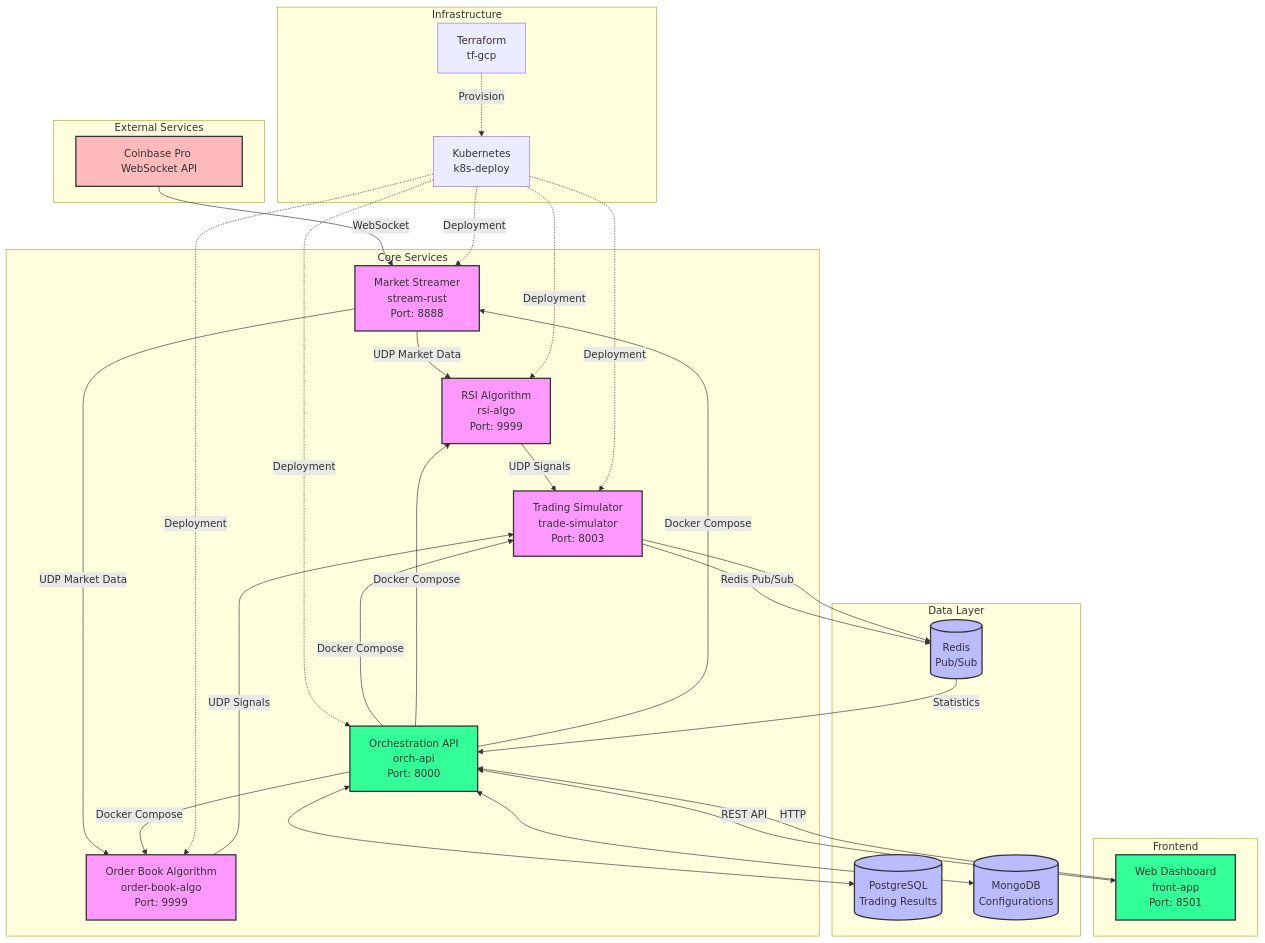
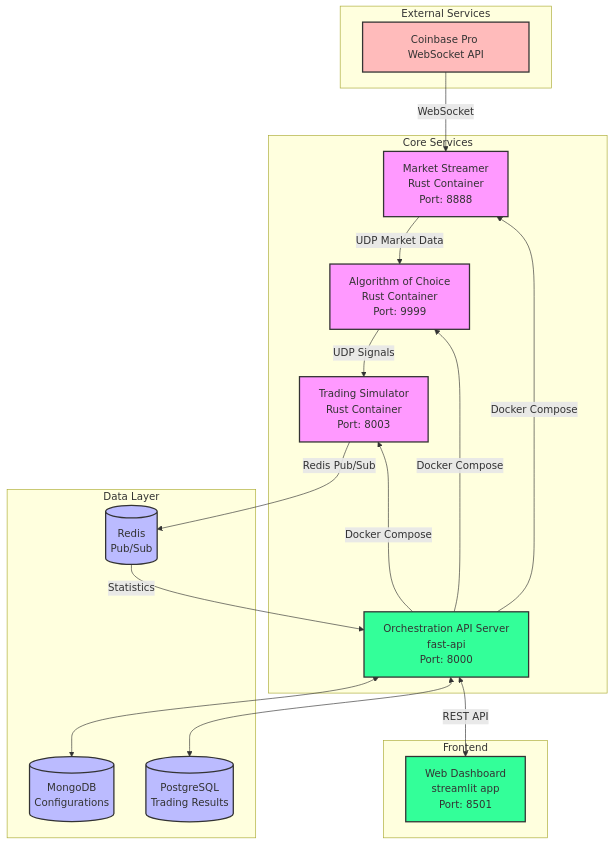
Before and after one commit to aw-trade/docs: the diagram in README.md, drawn with Mermaid. The commit also changed other lines of this file, not shown here.

Commit message:
fixed digram

````diff
--- a/README.md
+++ b/README.md
@@ -31,69 +31,53 @@
 ```mermaid
 graph TB
     subgraph "External Services"
         CB[Coinbase Pro WebSocket API]
     end
     
     subgraph "Data Layer"
+        MG[(MongoDB<br/>Configurations)]
         PG[(PostgreSQL<br/>Trading Results)]
-        MG[(MongoDB<br/>Configurations)]
         RD[(Redis<br/>Pub/Sub)]
+
+  
+    end
+    
+    subgraph "Frontend"
+        WEB[Web Dashboard<br/>streamlit app<br/>Port: 8501]
     end
     
     subgraph "Core Services"
-        MS[Market Streamer<br/>stream-rust<br/>Port: 8888]
-        RSI[RSI Algorithm<br/>rsi-algo<br/>Port: 9999]
-        OB[Order Book Algorithm<br/>order-book-algo<br/>Port: 9999]
-        TS[Trading Simulator<br/>trade-simulator<br/>Port: 8003]
-        API[Orchestration API<br/>orch-api<br/>Port: 8000]
-    end
-    
-    subgraph "Frontend"
-        WEB[Web Dashboard<br/>front-app<br/>Port: 8501]
-    end
-    
-    subgraph "Infrastructure"
-        K8S[Kubernetes<br/>k8s-deploy]
-        TF[Terraform<br/>tf-gcp]
+        MS[Market Streamer<br/>Rust Container<br/>Port: 8888]
+        ALGO[Algorithm of Choice<br/>Rust Container<br/> Port: 9999]
+        TS[Trading Simulator<br/>Rust Container<br/>Port: 8003]
+        API[Orchestration API Server <br/>fast-api<br/>Port: 8000]
     end
     
     %% Data Flow
     CB -->|WebSocket| MS
-    MS -->|UDP Market Data| RSI
-    MS -->|UDP Market Data| OB
-    RSI -->|UDP Signals| TS
-    OB -->|UDP Signals| TS
+    MS -->|UDP Market Data| ALGO
+    ALGO -->|UDP Signals| TS
     TS -->|Redis Pub/Sub| RD
     RD -->|Statistics| API
     API <-->|REST API| WEB
     
     %% Database Connections
     API <--> PG
     API <--> MG
-    TS --> RD
+
     
     %% Management
-    WEB -->|HTTP| API
     API -->|Docker Compose| TS
-    API -->|Docker Compose| RSI
-    API -->|Docker Compose| OB
+    API -->|Docker Compose| ALGO
     API -->|Docker Compose| MS
-    
-    %% Infrastructure
-    K8S -.->|Deployment| MS
-    K8S -.->|Deployment| RSI
-    K8S -.->|Deployment| OB
-    K8S -.->|Deployment| TS
-    K8S -.->|Deployment| API
-    TF -.->|Provision| K8S
     
     classDef rust fill:#f9f,stroke:#333,stroke-width:2px
     classDef python fill:#3f9,stroke:#333,stroke-width:2px
     classDef database fill:#bbf,stroke:#333,stroke-width:2px
     classDef external fill:#fbb,stroke:#333,stroke-width:2px
     
-    class MS,RSI,OB,TS rust
+    class MS,ALGO,TS rust
     class API,WEB python
     class PG,MG,RD database
     class CB external
 ```
````
